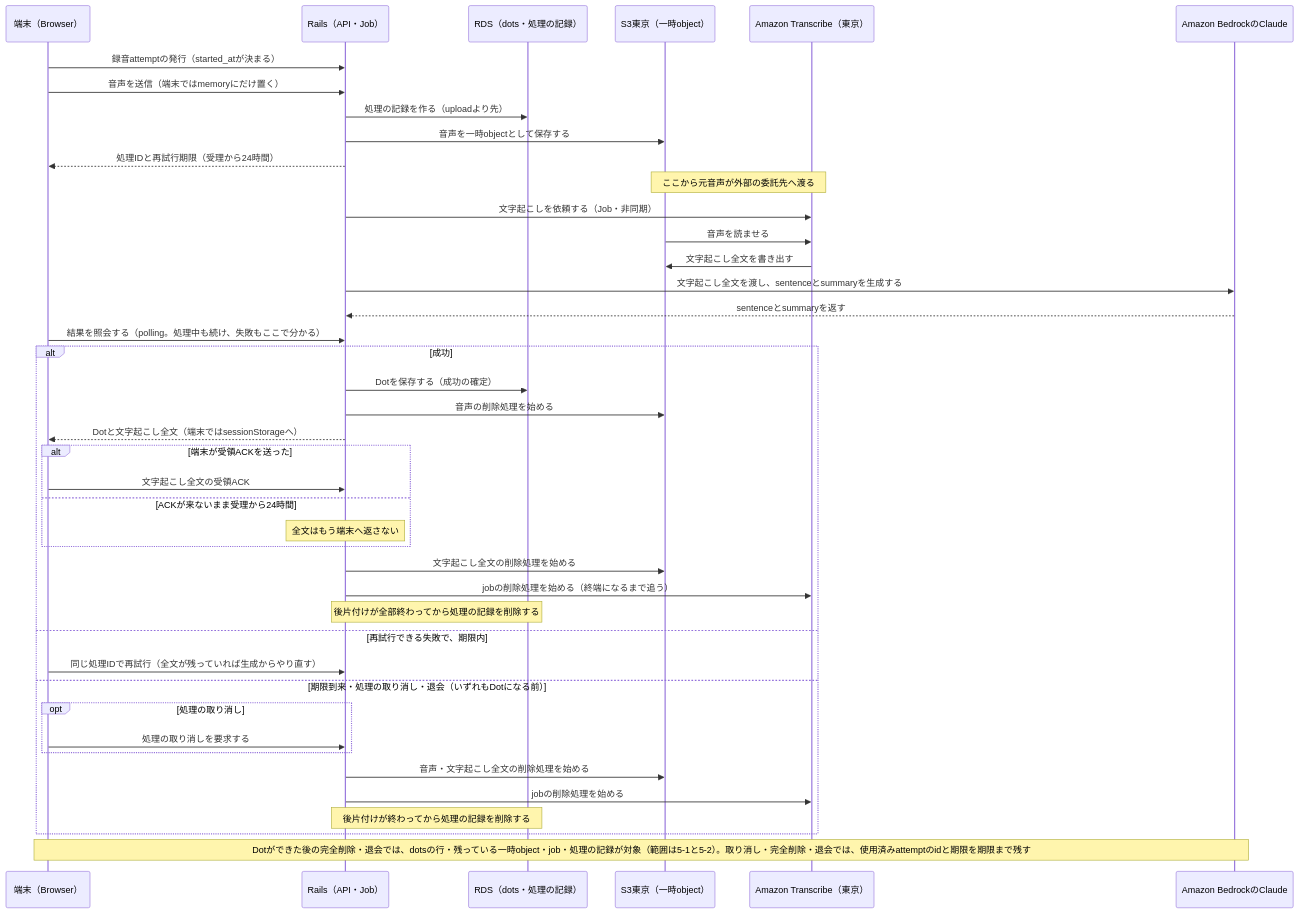
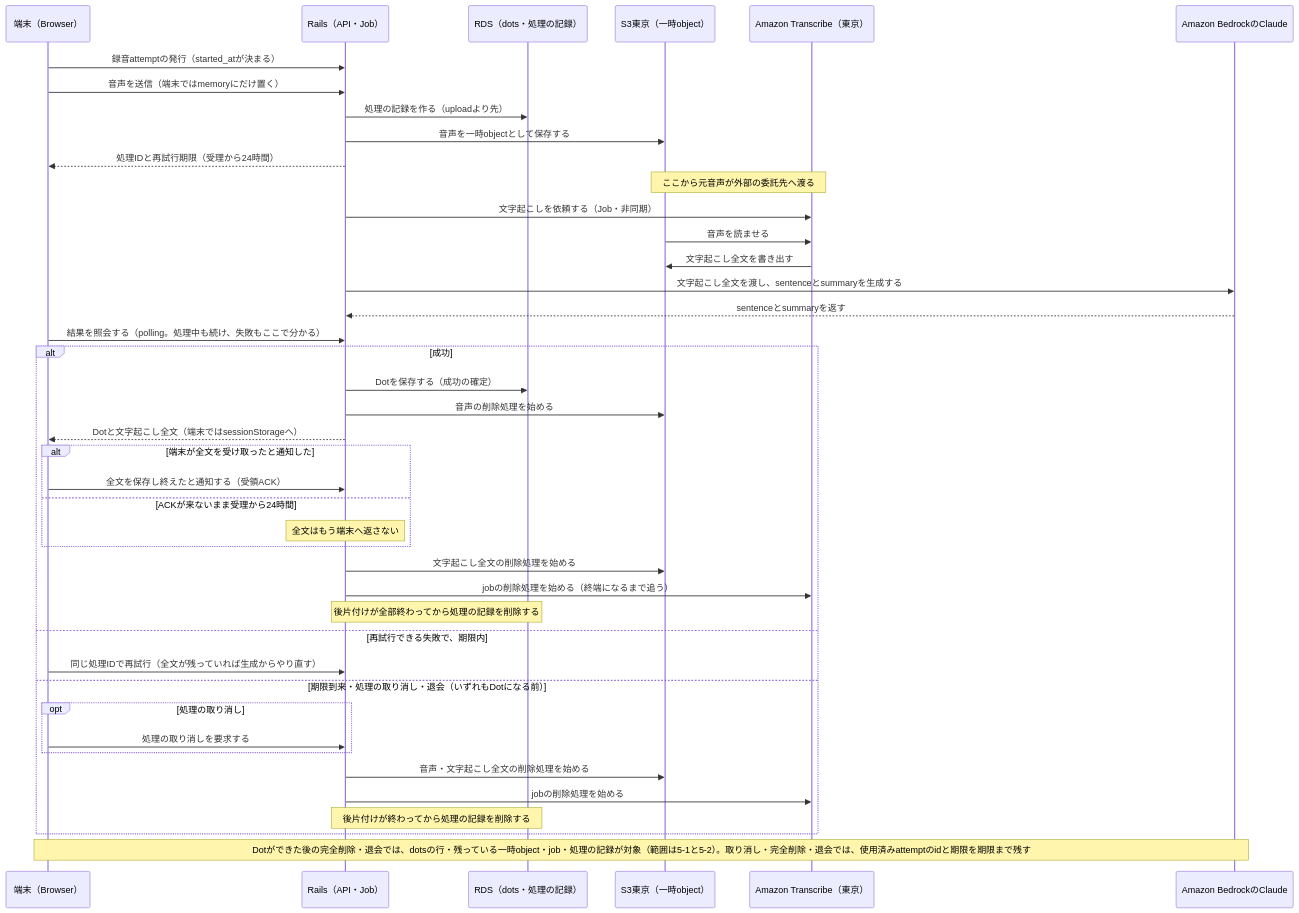
Before and after one commit to FujieMasaki/fod-app: the diagram in docs/privacy.md, drawn with Mermaid.

Commit message:
docs: 図の受領ACKを、何を通知するのかが分かる言い方にする
- 「受領ACK」だけでは何の通知か分からなかった（人間のレビューでの質問）
- 端末が全文を保存し終えたことをserverへ知らせる通知だと、図の中で分かるようにした

Claude-Session: https://claude.ai/code/session_01KTEi7nzin7t41k1wbo4Bbr

````diff
--- a/docs/privacy.md
+++ b/docs/privacy.md
@@ -164,44 +164,44 @@
 ```mermaid
 sequenceDiagram
     participant B as 端末（Browser）
     participant R as Rails（API・Job）
     participant DB as RDS（dots・処理の記録）
     participant S3 as S3東京（一時object）
     participant T as Amazon Transcribe（東京）
     participant AI as Amazon BedrockのClaude
     B->>R: 録音attemptの発行（started_atが決まる）
     B->>R: 音声を送信（端末ではmemoryにだけ置く）
     R->>DB: 処理の記録を作る（uploadより先）
     R->>S3: 音声を一時objectとして保存する
     R-->>B: 処理IDと再試行期限（受理から24時間）
     Note over S3,T: ここから元音声が外部の委託先へ渡る
     R->>T: 文字起こしを依頼する（Job・非同期）
     S3->>T: 音声を読ませる
     T->>S3: 文字起こし全文を書き出す
     R->>AI: 文字起こし全文を渡し、sentenceとsummaryを生成する
     AI-->>R: sentenceとsummaryを返す
     B->>R: 結果を照会する（polling。処理中も続け、失敗もここで分かる）
     alt 成功
         R->>DB: Dotを保存する（成功の確定）
         R->>S3: 音声の削除処理を始める
         R-->>B: Dotと文字起こし全文（端末ではsessionStorageへ）
-        alt 端末が受領ACKを送った
-            B->>R: 文字起こし全文の受領ACK
+        alt 端末が全文を受け取ったと通知した
+            B->>R: 全文を保存し終えたと通知する（受領ACK）
         else ACKが来ないまま受理から24時間
             Note over R: 全文はもう端末へ返さない
         end
         R->>S3: 文字起こし全文の削除処理を始める
         R->>T: jobの削除処理を始める（終端になるまで追う）
         Note over R,DB: 後片付けが全部終わってから処理の記録を削除する
     else 再試行できる失敗で、期限内
         B->>R: 同じ処理IDで再試行（全文が残っていれば生成からやり直す）
     else 期限到来・処理の取り消し・退会（いずれもDotになる前）
         opt 処理の取り消し
             B->>R: 処理の取り消しを要求する
         end
         R->>S3: 音声・文字起こし全文の削除処理を始める
         R->>T: jobの削除処理を始める
         Note over R,DB: 後片付けが終わってから処理の記録を削除する
     end
     Note over B,AI: Dotができた後の完全削除・退会では、dotsの行・残っている一時object・job・処理の記録が対象（範囲は5-1と5-2）。取り消し・完全削除・退会では、使用済みattemptのidと期限を期限まで残す
 ```
````
